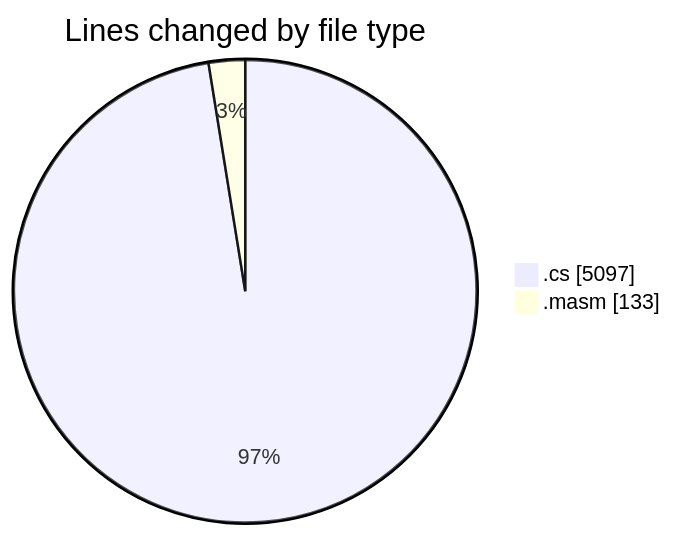
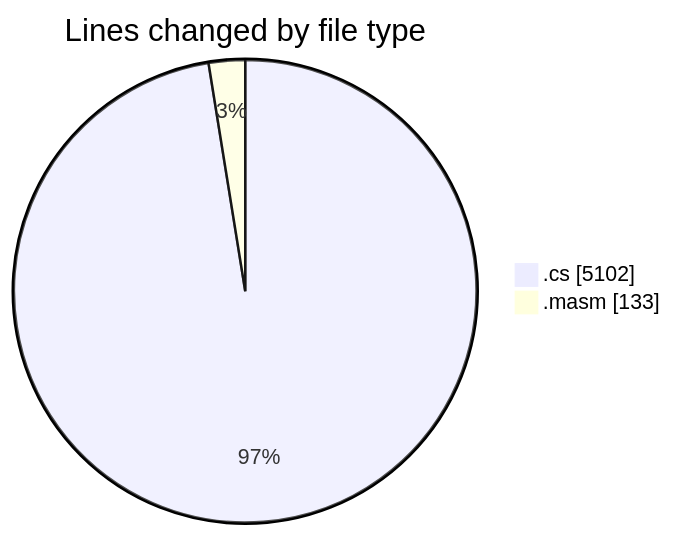
The first of 2 diagrams in 2025-03-17/sharpmasm/README.md (charlie-sans/code-tracking), drawn with Mermaid before and after one commit. The commit also changed other lines of this file and 1 other file, not shown here.

````diff
--- a/2025-03-17/sharpmasm/README.md
+++ b/2025-03-17/sharpmasm/README.md
@@ -26,6 +26,6 @@
 ```mermaid
 pie showData
 title Lines changed by file type
-".cs" : 5097
+".cs" : 5102
 ".masm" : 133
 ```
````
